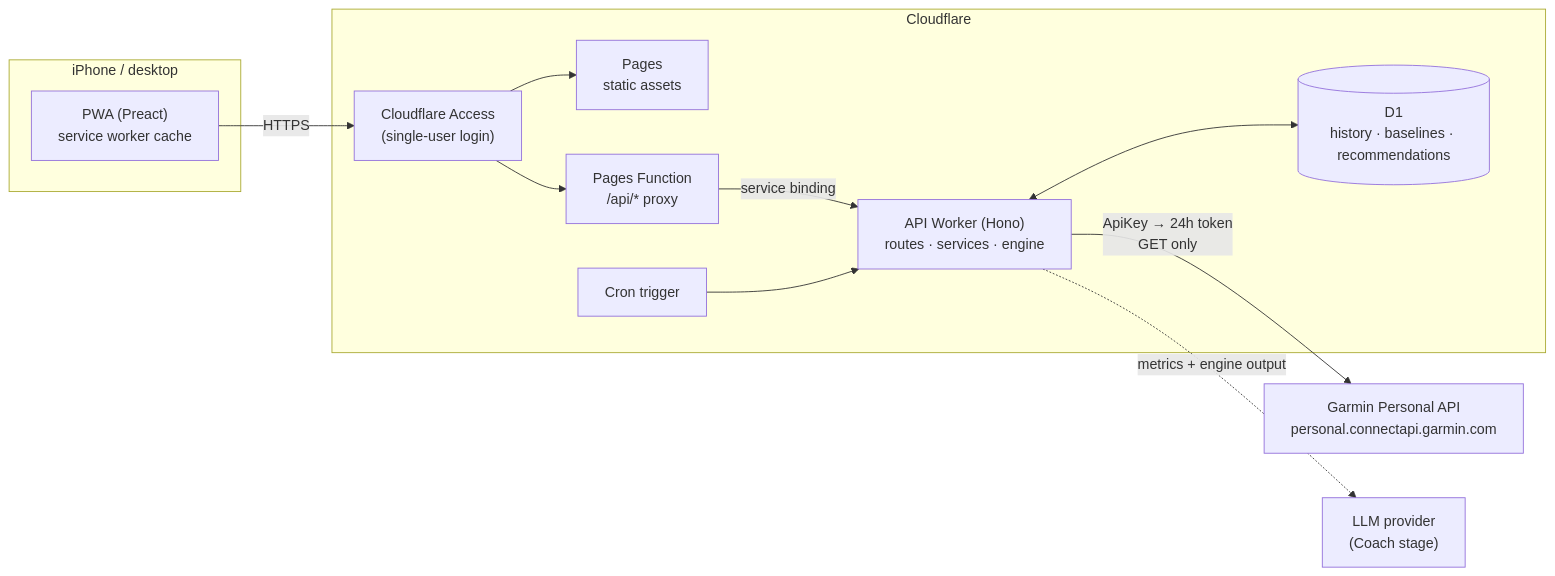
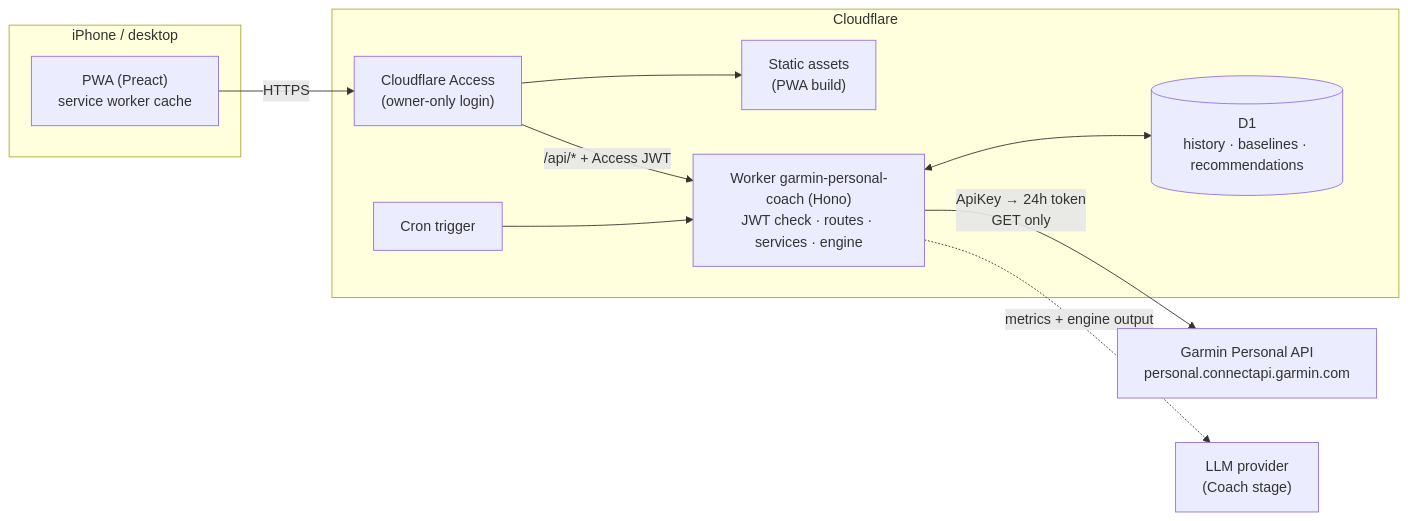
The diagram in docs/ARCHITECTURE.md (dromamerica98-lgtm/drom-store-renovation), drawn with Mermaid before and after one commit. The commit also changed other lines of this file and 29 other files, not shown here.

First line of the commit message:
Stage 6A: single Worker with Access JWT verification, ready for private deploy

````diff
--- a/docs/ARCHITECTURE.md
+++ b/docs/ARCHITECTURE.md
@@ -20,25 +20,24 @@
 ```mermaid
 flowchart LR
   subgraph Device["iPhone / desktop"]
     PWA["PWA (Preact)<br/>service worker cache"]
   end
 
   subgraph CF["Cloudflare"]
-    Access["Cloudflare Access<br/>(single-user login)"]
-    Pages["Pages<br/>static assets"]
-    Fn["Pages Function<br/>/api/* proxy"]
-    API["API Worker (Hono)<br/>routes · services · engine"]
+    Access["Cloudflare Access<br/>(owner-only login)"]
+    Assets["Static assets<br/>(PWA build)"]
+    API["Worker garmin-personal-coach (Hono)<br/>JWT check · routes · services · engine"]
     Cron["Cron trigger"]
     D1[("D1<br/>history · baselines · recommendations")]
   end
 
   Garmin["Garmin Personal API<br/>personal.connectapi.garmin.com"]
   LLM["LLM provider<br/>(Coach stage)"]
 
-  PWA -->|HTTPS| Access --> Pages
-  Access --> Fn -->|service binding| API
+  PWA -->|HTTPS| Access --> Assets
+  Access -->|/api/* + Access JWT| API
   Cron --> API
   API <--> D1
   API -->|ApiKey → 24h token<br/>GET only| Garmin
   API -.->|metrics + engine output| LLM
 ```
````
